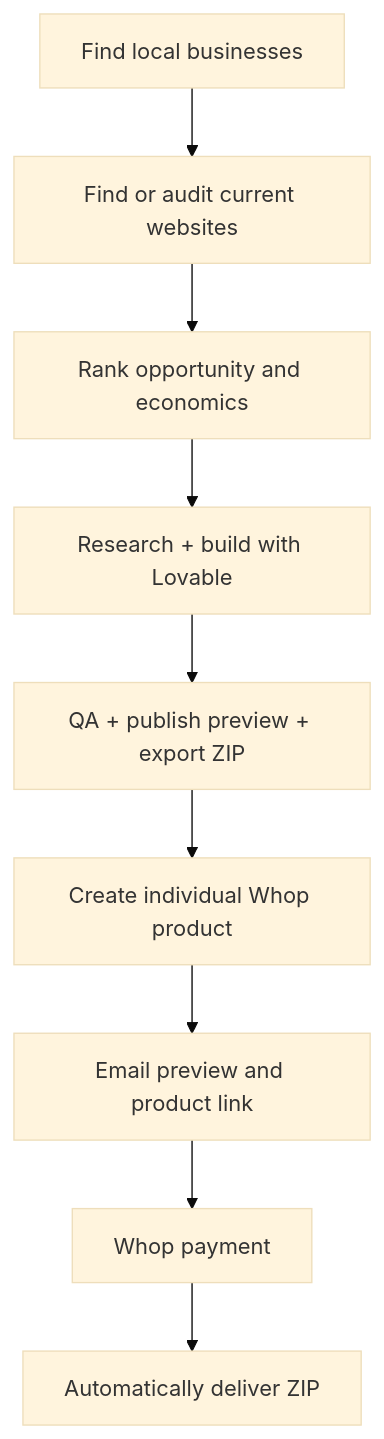
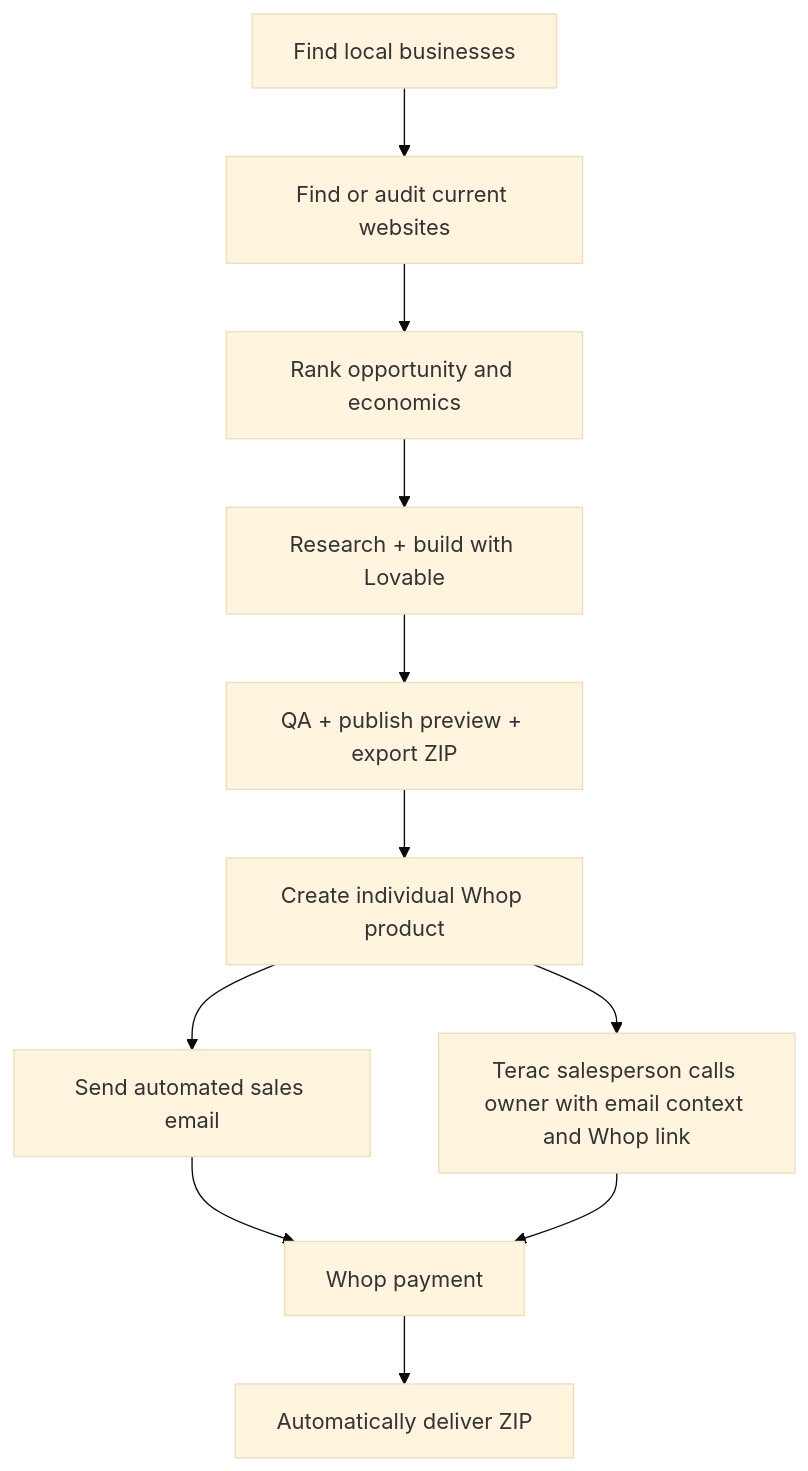
One commit to ishwantsingh/sidewalk changed the diagram in sidewalk-ai-hackathon-spec.md. Above: the diagram before and after it, drawn with Mermaid (base theme). The commit also changed other lines of this file and 35 other files, not shown here.

Commit message:
integrate terac sales person

````diff
--- a/sidewalk-ai-hackathon-spec.md
+++ b/sidewalk-ai-hackathon-spec.md
@@ -13,11 +13,13 @@
 ```mermaid
 flowchart TD
   A["Find local businesses"] --> B["Find or audit current websites"]
   B --> C["Rank opportunity and economics"]
   C --> D["Research + build with Lovable"]
   D --> E["QA + publish preview + export ZIP"]
   E --> F["Create individual Whop product"]
-  F --> G["Email preview and product link"]
+  F --> M["Send automated sales email"]
+  F --> G["Terac salesperson calls owner with email context and Whop link"]
+  M --> H
   G --> H["Whop payment"]
   H --> I["Automatically deliver ZIP"]
 ```
````
